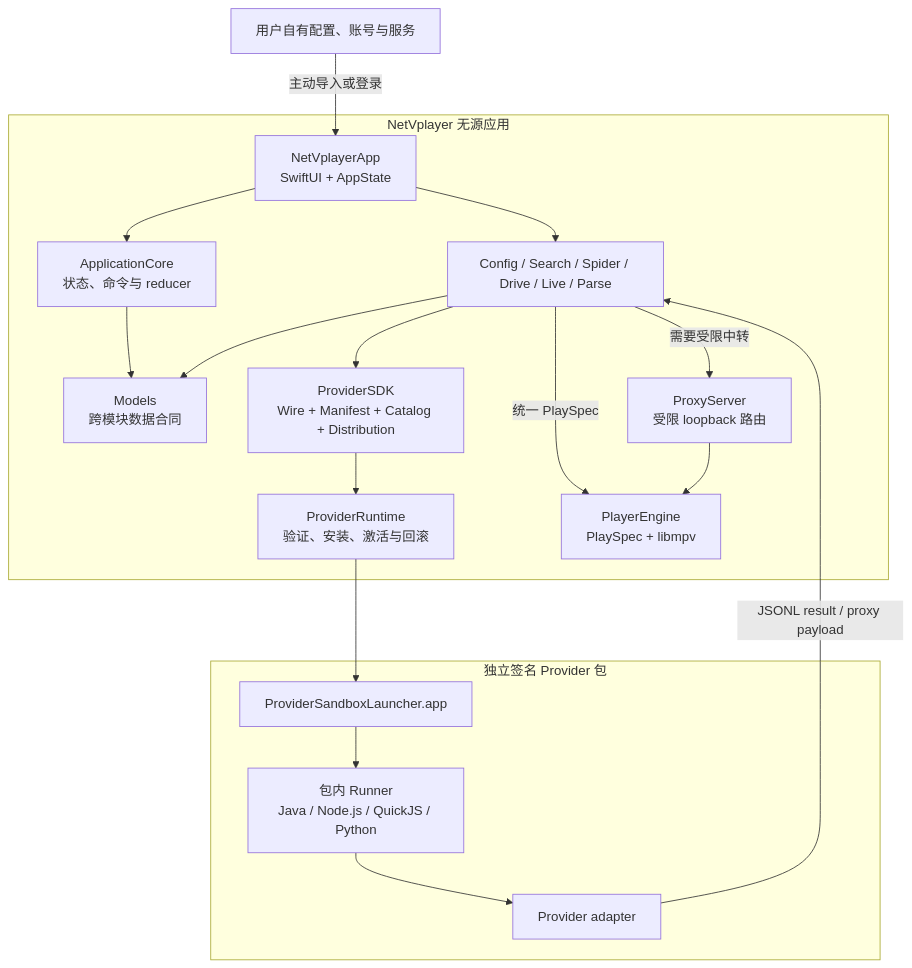
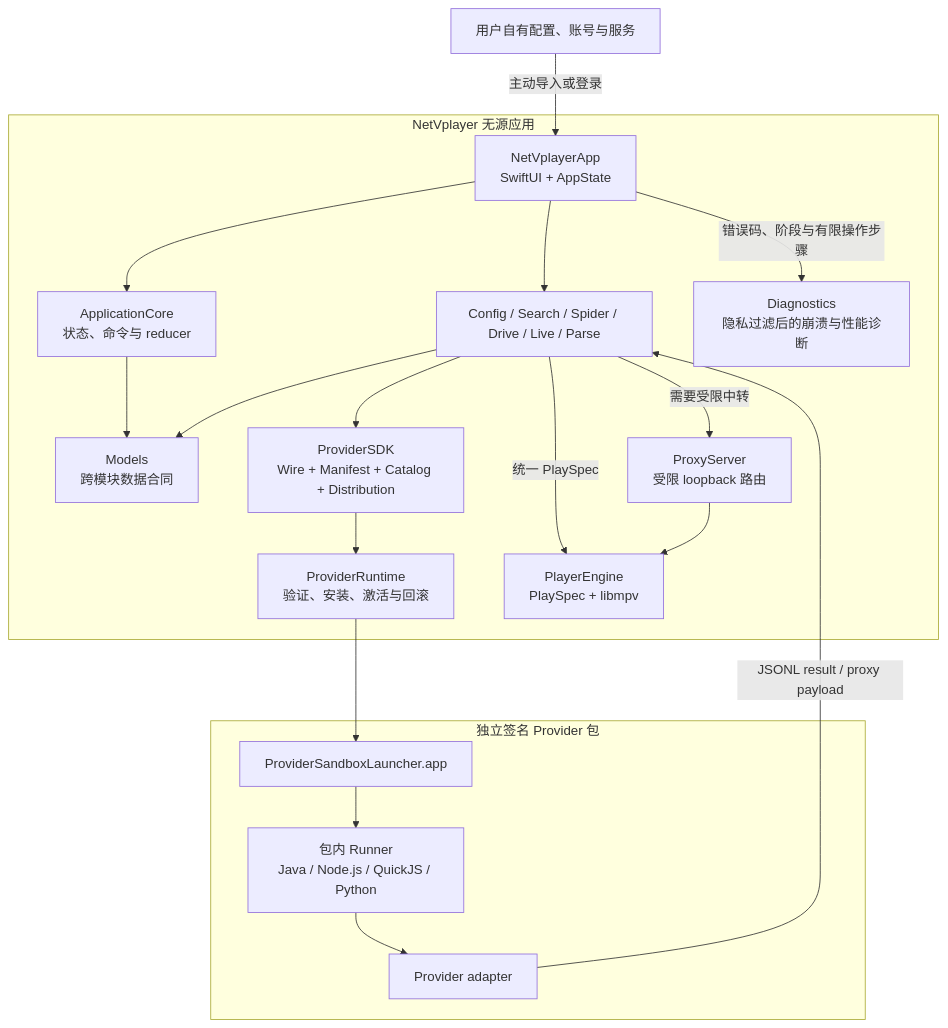
The first of 3 diagrams in ARCHITECTURE.md (spudhero/NetVplayer), drawn with Mermaid before and after one commit. The commit also changed other lines of this file and 62 other files, not shown here.

````diff
--- a/ARCHITECTURE.md
+++ b/ARCHITECTURE.md
@@ -14,36 +14,38 @@
 ```mermaid
 flowchart TB
     User[用户自有配置、账号与服务]
 
     subgraph App[NetVplayer 无源应用]
         UI[NetVplayerApp<br>SwiftUI + AppState]
         Core[ApplicationCore<br>状态、命令与 reducer]
         Models[Models<br>跨模块数据合同]
         Content[Config / Search / Spider / Drive / Live / Parse]
         SDK[ProviderSDK<br>Wire + Manifest + Catalog + Distribution]
         Runtime[ProviderRuntime<br>验证、安装、激活与回滚]
         Proxy[ProxyServer<br>受限 loopback 路由]
         Player[PlayerEngine<br>PlaySpec + libmpv]
+        Diagnostics[Diagnostics<br>隐私过滤后的崩溃与性能诊断]
     end
 
     subgraph Extension[独立签名 Provider 包]
         Sandbox[ProviderSandboxLauncher.app]
         Runner[包内 Runner<br>Java / Node.js / QuickJS / Python]
         Provider[Provider adapter]
     end
 
     User -->|主动导入或登录| UI
     UI --> Core
     Core --> Models
     UI --> Content
     Content --> Models
     Content --> SDK
     SDK --> Runtime
     Runtime --> Sandbox
     Sandbox --> Runner
     Runner --> Provider
     Provider -->|JSONL result / proxy payload| Content
     Content -->|统一 PlaySpec| Player
     Content -->|需要受限中转| Proxy
     Proxy --> Player
+    UI -->|错误码、阶段与有限操作步骤| Diagnostics
 ```
````
